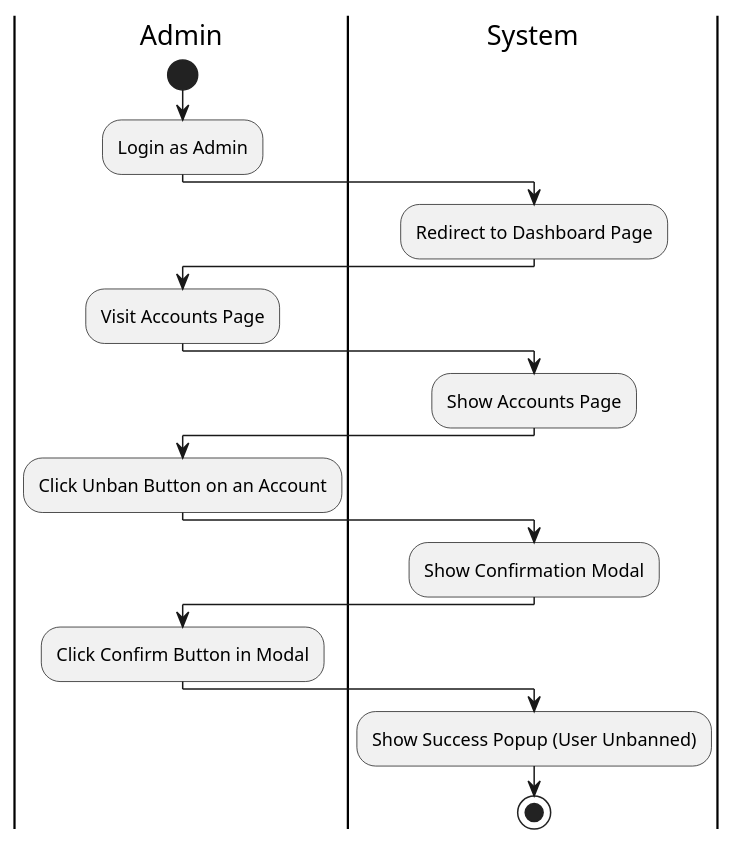
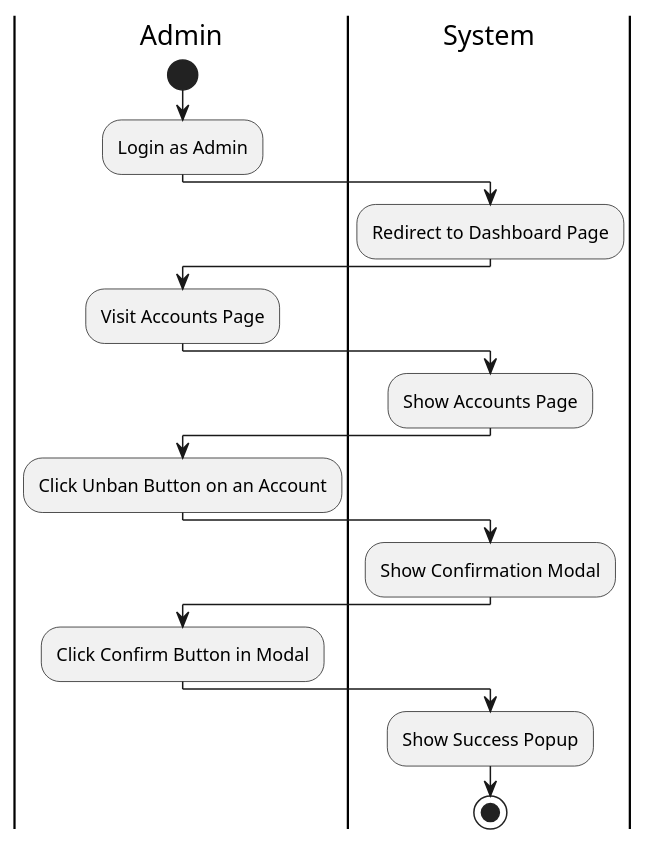
One commit to felixpherry/Lecturna-UML changed the diagram in 009. Unban User/Activity Diagram.puml. Above: the diagram before and after it, drawn with PlantUML. The commit also changed 66 other files, not shown here.

Commit message:
Fix: Activity Diagrams

```diff
--- a/009. Unban User/Activity Diagram.puml
+++ b/009. Unban User/Activity Diagram.puml
@@ -1,20 +1,20 @@
 @startuml Unban User
 |Admin|
 start
 :Login as Admin;
 |System|
 :Redirect to Dashboard Page;
 |Admin|
 :Visit Accounts Page;
 |System|
 :Show Accounts Page;
 |Admin|
 :Click Unban Button on an Account;
 |System|
 :Show Confirmation Modal;
 |Admin|
 :Click Confirm Button in Modal;
 |System|
-:Show Success Popup (User Unbanned);
+:Show Success Popup;
 stop
 @enduml
```
